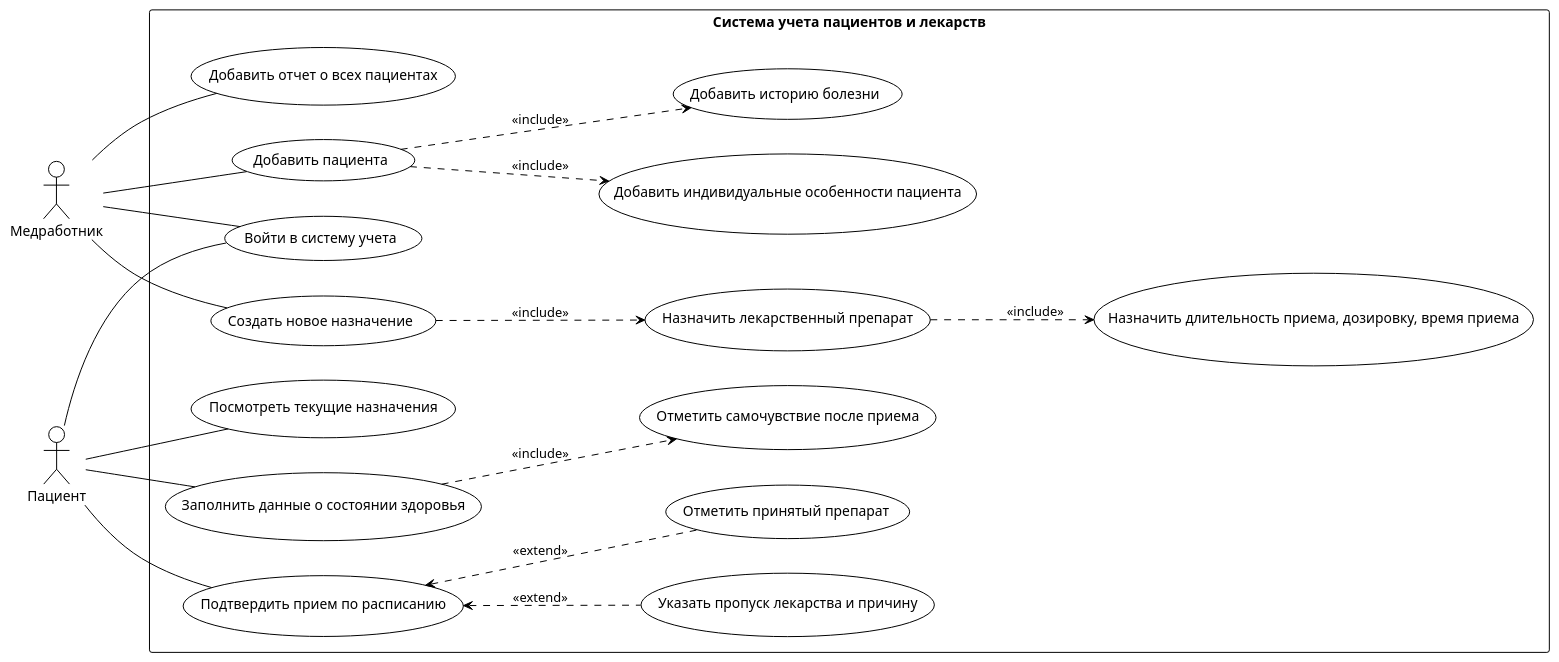
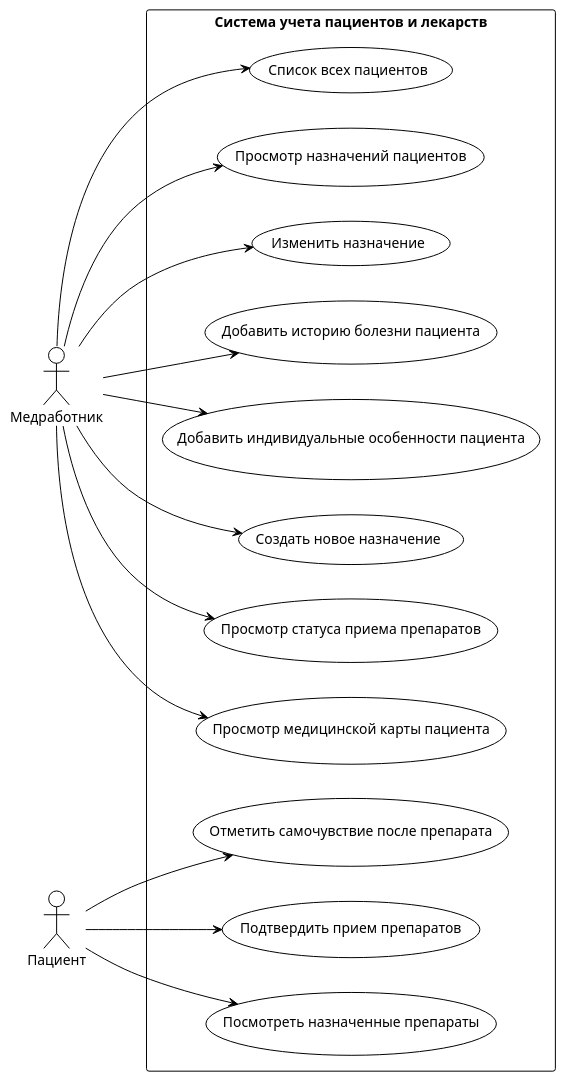
One commit to KiraRaeva/database-patient-medication-accounting-system- changed the diagram in docs/diagrams/UseCase1.puml. Above: the diagram before and after it, drawn with PlantUML. The commit also changed 7 other files, not shown here.

```diff
--- a/docs/diagrams/UseCase1.puml
+++ b/docs/diagrams/UseCase1.puml
@@ -1,55 +1,41 @@
 @startuml
 !theme plain
 
 left to right direction
 
 actor "Медработник" as Doctor
 actor "Пациент" as Patient
 
 rectangle "Система учета пациентов и лекарств" {
   ' Медработник
-  usecase "Добавить отчет о всех пациентах" as UC1
-  usecase "Войти в систему учета" as UC2
-  usecase "Добавить пациента" as UC3
-  usecase "Создать новое назначение" as UC4
-
-  ' Include для медработника
+  usecase "Список всех пациентов" as UC1
+  usecase "Просмотр назначений пациентов" as UC2
+  usecase "Изменить назначение" as UC3
+  usecase "Добавить историю болезни пациента" as UC4
   usecase "Добавить индивидуальные особенности пациента" as UC5
-  usecase "Добавить историю болезни" as UC6
-  usecase "Назначить лекарственный препарат" as UC7
-  usecase "Назначить длительность приема, дозировку, время приема" as UC8
+  usecase "Создать новое назначение" as UC6
+  usecase "Просмотр статуса приема препаратов" as UC7
+  usecase "Просмотр медицинской карты пациента" as UC8
 
   ' Пациент
-  usecase "Посмотреть текущие назначения" as UC9
-  usecase "Заполнить данные о состоянии здоровья" as UC10
-  usecase "Подтвердить прием по расписанию" as UC11
-
-  ' Include/Extend для пациента
-  usecase "Отметить самочувствие после приема" as UC12
-  usecase "Указать пропуск лекарства и причину" as UC13
-  usecase "Отметить принятый препарат" as UC14
+  usecase "Отметить самочувствие после препарата" as UC9
+  usecase "Подтвердить прием препаратов" as UC10
+  usecase "Посмотреть назначенные препараты" as UC11
 }
 
-' Связи акторов с use cases
-Doctor -- UC1
-Doctor -- UC2
-Doctor -- UC3
-Doctor -- UC4
+' Связи медработника с его функциями
+Doctor --> UC1
+Doctor --> UC2
+Doctor --> UC3
+Doctor --> UC4
+Doctor --> UC5
+Doctor --> UC6
+Doctor --> UC7
+Doctor --> UC8
 
-Patient -- UC2
-Patient -- UC9
-Patient -- UC10
-Patient -- UC11
-
-' Include отношения
-UC3 ..> UC5 : <<include>>
-UC3 ..> UC6 : <<include>>
-UC4 ..> UC7 : <<include>>
-UC7 ..> UC8 : <<include>>
-UC10 ..> UC12 : <<include>>
-
-' Extend отношения
-UC11 <.. UC13 : <<extend>>
-UC11 <.. UC14 : <<extend>>
+' Связи пациента с его функциями
+Patient --> UC9
+Patient --> UC10
+Patient --> UC11
 
 @enduml
```
